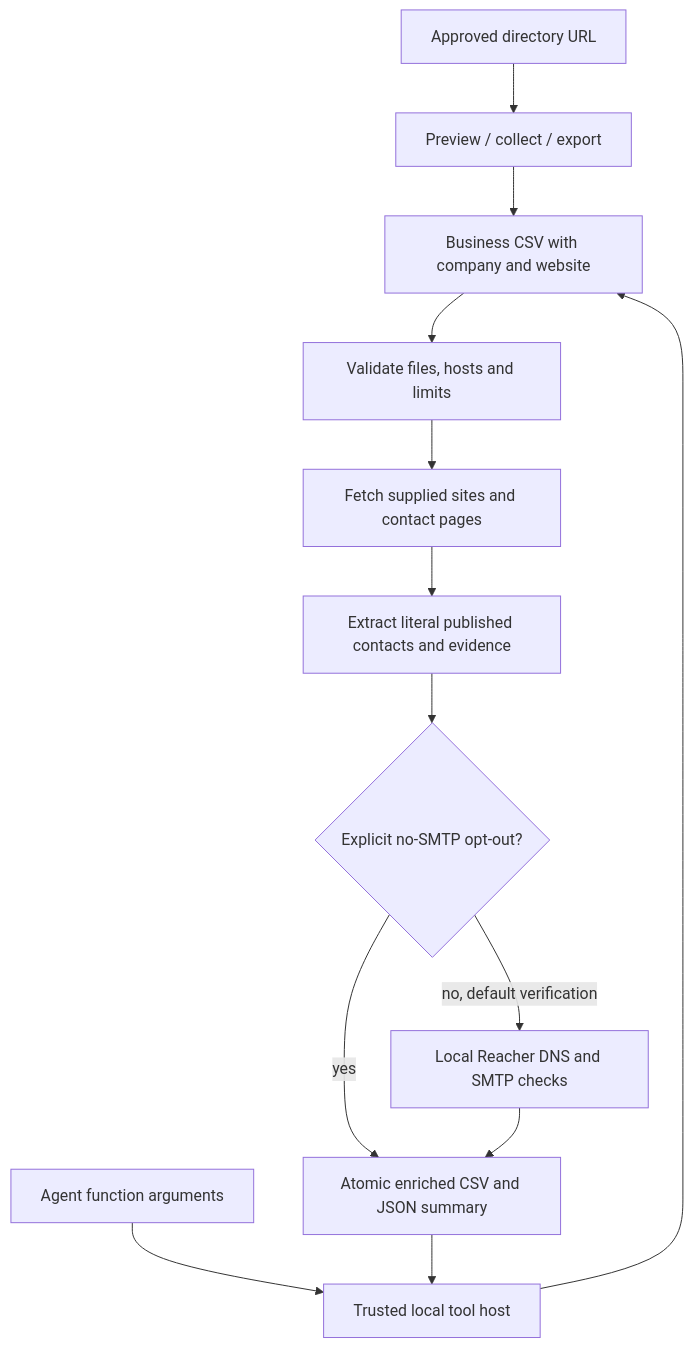
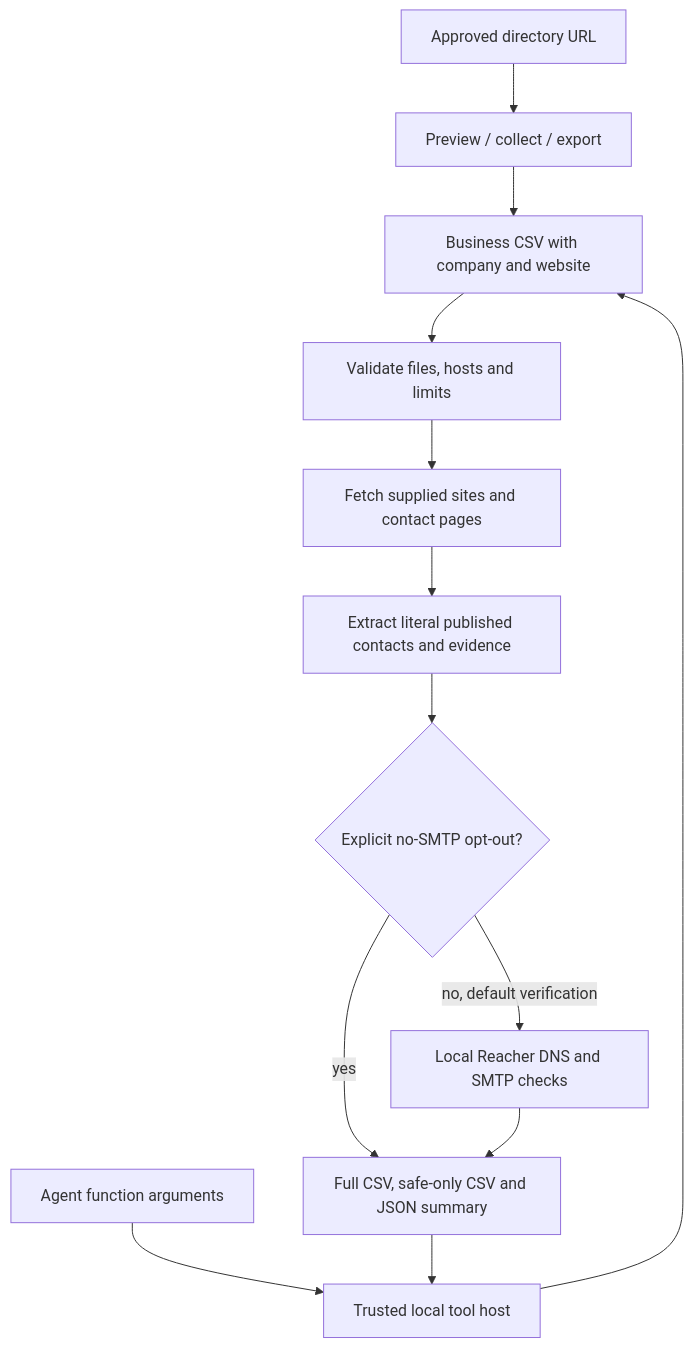
One commit to GopalGB/FridayOutreach changed the diagram in docs/AGENT-USAGE.md. Above: the diagram before and after it, drawn with Mermaid. The commit also changed other lines of this file and 12 other files, not shown here.

````diff
--- a/docs/AGENT-USAGE.md
+++ b/docs/AGENT-USAGE.md
@@ -59,15 +64,15 @@
 ```mermaid
 flowchart TD
   S[Approved directory URL] --> C[Preview / collect / export]
   C --> I[Business CSV with company and website]
   A[Agent function arguments] --> H[Trusted local tool host]
   H --> I
   I --> P[Validate files, hosts and limits]
   P --> F[Fetch supplied sites and contact pages]
   F --> E[Extract literal published contacts and evidence]
   E --> V{Explicit no-SMTP opt-out?}
   V -->|no, default verification| R[Local Reacher DNS and SMTP checks]
-  V -->|yes| O[Atomic enriched CSV and JSON summary]
+  V -->|yes| O[Full CSV, safe-only CSV and JSON summary]
   R --> O
   O --> H
 ```
````
